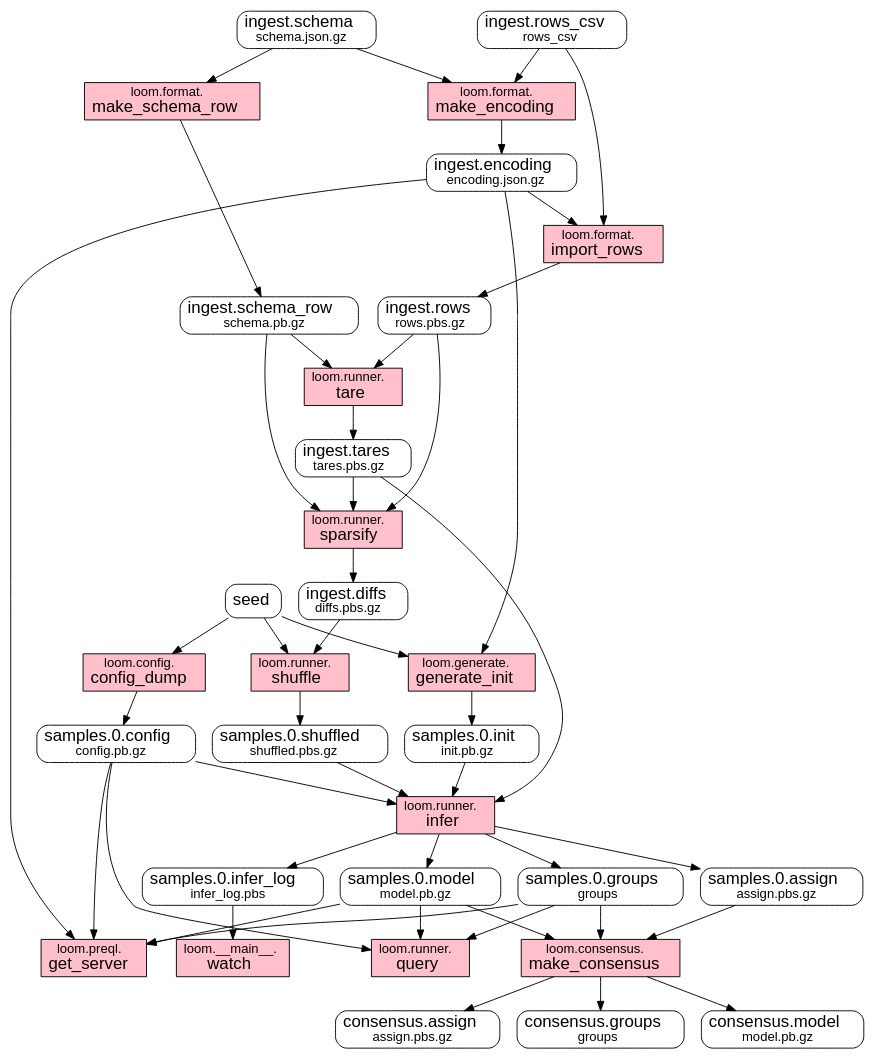
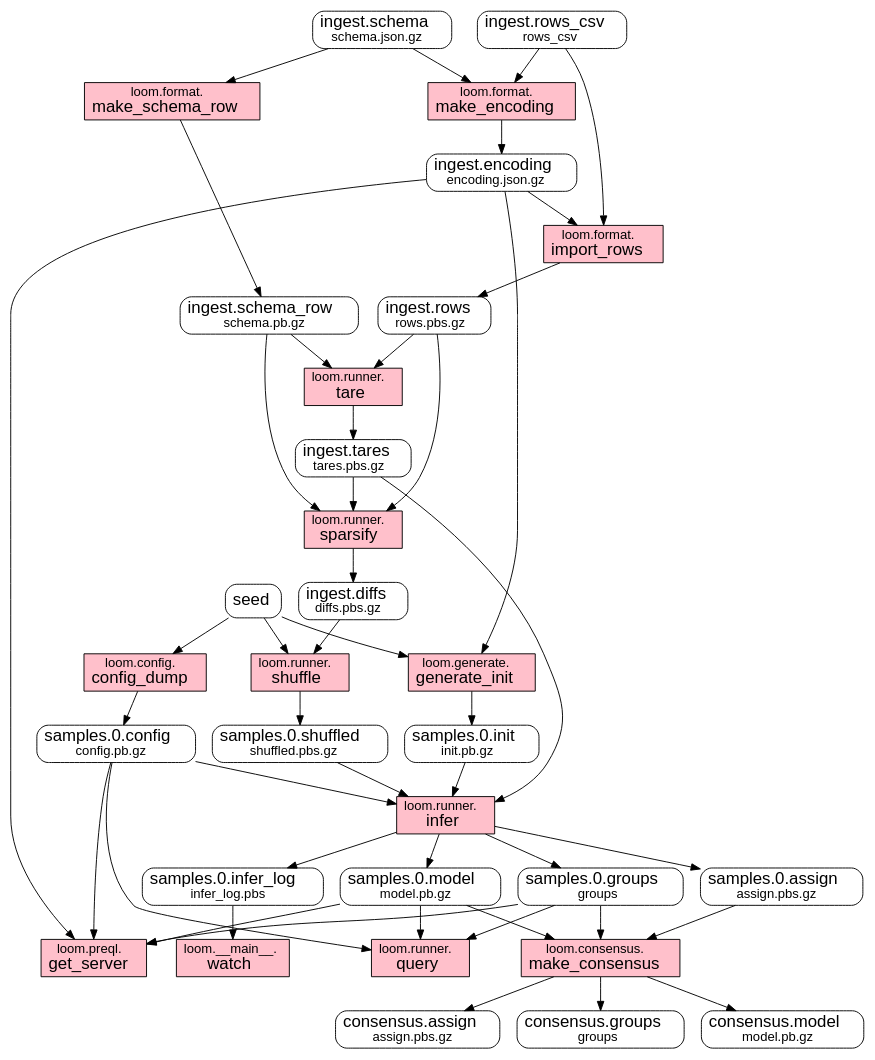
The diagram in doc/dataflow.dot (priorknowledge/loom), drawn with Graphviz before and after one commit. The commit also changed 2 other files, not shown here.

Commit message:
Make loom.documented sort deterministically

```diff
--- a/doc/dataflow.dot
+++ b/doc/dataflow.dot
@@ -1,95 +1,95 @@
-// this file was generated by /home/fobermeyer/sf/loom/loom/documented.py
+// this file was generated by /home/fritz/sf/loom/loom/documented.py
 digraph G {
   overlap=false;
   graph [fontname = "helvetica"];
   node [fontname = "helvetica"];
   edge [fontname = "helvetica"];
 
   // data
   {
     node [shape=Mrecord];
     consensus_assign [label=<<FONT POINT-SIZE="18">consensus.assign</FONT><BR/>assign.pbs.gz>];
     consensus_groups [label=<<FONT POINT-SIZE="18">consensus.groups</FONT><BR/>groups>];
     consensus_model [label=<<FONT POINT-SIZE="18">consensus.model</FONT><BR/>model.pb.gz>];
     ingest_diffs [label=<<FONT POINT-SIZE="18">ingest.diffs</FONT><BR/>diffs.pbs.gz>];
     ingest_encoding [label=<<FONT POINT-SIZE="18">ingest.encoding</FONT><BR/>encoding.json.gz>];
     ingest_rows [label=<<FONT POINT-SIZE="18">ingest.rows</FONT><BR/>rows.pbs.gz>];
     ingest_rows_csv [label=<<FONT POINT-SIZE="18">ingest.rows_csv</FONT><BR/>rows_csv>];
     ingest_schema [label=<<FONT POINT-SIZE="18">ingest.schema</FONT><BR/>schema.json.gz>];
     ingest_schema_row [label=<<FONT POINT-SIZE="18">ingest.schema_row</FONT><BR/>schema.pb.gz>];
     ingest_tares [label=<<FONT POINT-SIZE="18">ingest.tares</FONT><BR/>tares.pbs.gz>];
     samples_0_assign [label=<<FONT POINT-SIZE="18">samples.0.assign</FONT><BR/>assign.pbs.gz>];
     samples_0_config [label=<<FONT POINT-SIZE="18">samples.0.config</FONT><BR/>config.pb.gz>];
     samples_0_groups [label=<<FONT POINT-SIZE="18">samples.0.groups</FONT><BR/>groups>];
     samples_0_infer_log [label=<<FONT POINT-SIZE="18">samples.0.infer_log</FONT><BR/>infer_log.pbs>];
     samples_0_init [label=<<FONT POINT-SIZE="18">samples.0.init</FONT><BR/>init.pb.gz>];
     samples_0_model [label=<<FONT POINT-SIZE="18">samples.0.model</FONT><BR/>model.pb.gz>];
     samples_0_shuffled [label=<<FONT POINT-SIZE="18">samples.0.shuffled</FONT><BR/>shuffled.pbs.gz>];
     seed [label=<<FONT POINT-SIZE="18">seed</FONT>>];
   }
 
   // transforms
   {
     node [shape=box, style=filled];
 
+    watch [label=<loom.__main__.<BR/><FONT POINT-SIZE="18">watch</FONT>>, fillcolor=pink];
     config_dump [label=<loom.config.<BR/><FONT POINT-SIZE="18">config_dump</FONT>>, fillcolor=pink];
-    tare [label=<loom.runner.<BR/><FONT POINT-SIZE="18">tare</FONT>>, fillcolor=pink];
-    sparsify [label=<loom.runner.<BR/><FONT POINT-SIZE="18">sparsify</FONT>>, fillcolor=pink];
-    shuffle [label=<loom.runner.<BR/><FONT POINT-SIZE="18">shuffle</FONT>>, fillcolor=pink];
+    make_consensus [label=<loom.consensus.<BR/><FONT POINT-SIZE="18">make_consensus</FONT>>, fillcolor=pink];
+    import_rows [label=<loom.format.<BR/><FONT POINT-SIZE="18">import_rows</FONT>>, fillcolor=pink];
+    make_encoding [label=<loom.format.<BR/><FONT POINT-SIZE="18">make_encoding</FONT>>, fillcolor=pink];
+    make_schema_row [label=<loom.format.<BR/><FONT POINT-SIZE="18">make_schema_row</FONT>>, fillcolor=pink];
+    generate_init [label=<loom.generate.<BR/><FONT POINT-SIZE="18">generate_init</FONT>>, fillcolor=pink];
+    get_server [label=<loom.preql.<BR/><FONT POINT-SIZE="18">get_server</FONT>>, fillcolor=pink];
     infer [label=<loom.runner.<BR/><FONT POINT-SIZE="18">infer</FONT>>, fillcolor=pink];
     query [label=<loom.runner.<BR/><FONT POINT-SIZE="18">query</FONT>>, fillcolor=pink];
-    generate_init [label=<loom.generate.<BR/><FONT POINT-SIZE="18">generate_init</FONT>>, fillcolor=pink];
-    make_schema_row [label=<loom.format.<BR/><FONT POINT-SIZE="18">make_schema_row</FONT>>, fillcolor=pink];
-    make_encoding [label=<loom.format.<BR/><FONT POINT-SIZE="18">make_encoding</FONT>>, fillcolor=pink];
-    import_rows [label=<loom.format.<BR/><FONT POINT-SIZE="18">import_rows</FONT>>, fillcolor=pink];
-    make_consensus [label=<loom.consensus.<BR/><FONT POINT-SIZE="18">make_consensus</FONT>>, fillcolor=pink];
-    get_server [label=<loom.preql.<BR/><FONT POINT-SIZE="18">get_server</FONT>>, fillcolor=pink];
-    watch [label=<loom.__main__.<BR/><FONT POINT-SIZE="18">watch</FONT>>, fillcolor=pink];
+    shuffle [label=<loom.runner.<BR/><FONT POINT-SIZE="18">shuffle</FONT>>, fillcolor=pink];
+    sparsify [label=<loom.runner.<BR/><FONT POINT-SIZE="18">sparsify</FONT>>, fillcolor=pink];
+    tare [label=<loom.runner.<BR/><FONT POINT-SIZE="18">tare</FONT>>, fillcolor=pink];
 
+    samples_0_infer_log -> watch [weight=1.0];
     seed -> config_dump [weight=1.0];
     config_dump -> samples_0_config [weight=1.0];
-    ingest_schema_row -> tare [weight=1.0];
-    ingest_rows -> tare [weight=1.0];
-    tare -> ingest_tares [weight=1.0];
-    ingest_schema_row -> sparsify [weight=1.0];
-    ingest_tares -> sparsify [weight=1.0];
-    ingest_rows -> sparsify [weight=1.0];
-    sparsify -> ingest_diffs [weight=1.0];
-    ingest_diffs -> shuffle [weight=1.0];
-    seed -> shuffle [weight=1.0];
-    shuffle -> samples_0_shuffled [weight=1.0];
+    samples_0_model -> make_consensus [weight=1.0];
+    samples_0_groups -> make_consensus [weight=1.0];
+    samples_0_assign -> make_consensus [weight=1.0];
+    make_consensus -> consensus_model [weight=1.0];
+    make_consensus -> consensus_groups [weight=1.0];
+    make_consensus -> consensus_assign [weight=1.0];
+    ingest_encoding -> import_rows [weight=1.0];
+    ingest_rows_csv -> import_rows [weight=1.0];
+    import_rows -> ingest_rows [weight=1.0];
+    ingest_schema -> make_encoding [weight=1.0];
+    ingest_rows_csv -> make_encoding [weight=1.0];
+    make_encoding -> ingest_encoding [weight=1.0];
+    ingest_schema -> make_schema_row [weight=1.0];
+    make_schema_row -> ingest_schema_row [weight=1.0];
+    ingest_encoding -> generate_init [weight=1.0];
+    seed -> generate_init [weight=1.0];
+    generate_init -> samples_0_init [weight=1.0];
+    ingest_encoding -> get_server [weight=1.0];
+    samples_0_config -> get_server [weight=1.0];
+    samples_0_model -> get_server [weight=1.0];
+    samples_0_groups -> get_server [weight=1.0];
     samples_0_config -> infer [weight=1.0];
     samples_0_shuffled -> infer [weight=1.0];
     ingest_tares -> infer [weight=1.0];
     samples_0_init -> infer [weight=1.0];
     infer -> samples_0_model [weight=1.0];
     infer -> samples_0_groups [weight=1.0];
     infer -> samples_0_assign [weight=1.0];
     infer -> samples_0_infer_log [weight=1.0];
     samples_0_config -> query [weight=1.0];
     samples_0_model -> query [weight=1.0];
     samples_0_groups -> query [weight=1.0];
-    ingest_encoding -> generate_init [weight=1.0];
-    seed -> generate_init [weight=1.0];
-    generate_init -> samples_0_init [weight=1.0];
-    ingest_schema -> make_schema_row [weight=1.0];
-    make_schema_row -> ingest_schema_row [weight=1.0];
-    ingest_schema -> make_encoding [weight=1.0];
-    ingest_rows_csv -> make_encoding [weight=1.0];
-    make_encoding -> ingest_encoding [weight=1.0];
-    ingest_encoding -> import_rows [weight=1.0];
-    ingest_rows_csv -> import_rows [weight=1.0];
-    import_rows -> ingest_rows [weight=1.0];
-    samples_0_model -> make_consensus [weight=1.0];
-    samples_0_groups -> make_consensus [weight=1.0];
-    samples_0_assign -> make_consensus [weight=1.0];
-    make_consensus -> consensus_model [weight=1.0];
-    make_consensus -> consensus_groups [weight=1.0];
-    make_consensus -> consensus_assign [weight=1.0];
-    ingest_encoding -> get_server [weight=1.0];
-    samples_0_config -> get_server [weight=1.0];
-    samples_0_model -> get_server [weight=1.0];
-    samples_0_groups -> get_server [weight=1.0];
-    samples_0_infer_log -> watch [weight=1.0];
+    ingest_diffs -> shuffle [weight=1.0];
+    seed -> shuffle [weight=1.0];
+    shuffle -> samples_0_shuffled [weight=1.0];
+    ingest_schema_row -> sparsify [weight=1.0];
+    ingest_tares -> sparsify [weight=1.0];
+    ingest_rows -> sparsify [weight=1.0];
+    sparsify -> ingest_diffs [weight=1.0];
+    ingest_schema_row -> tare [weight=1.0];
+    ingest_rows -> tare [weight=1.0];
+    tare -> ingest_tares [weight=1.0];
   }
 }
```
